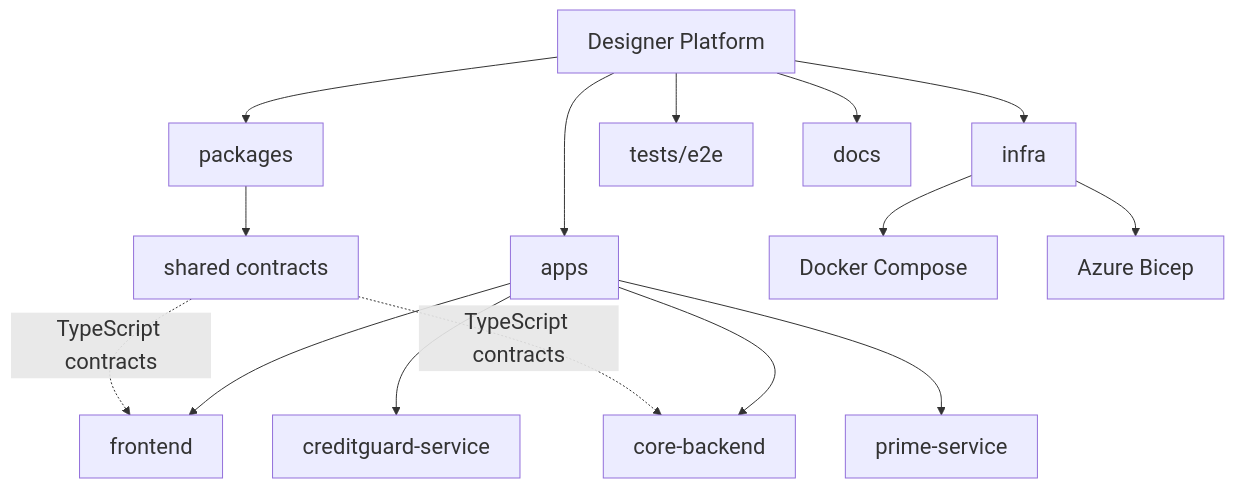
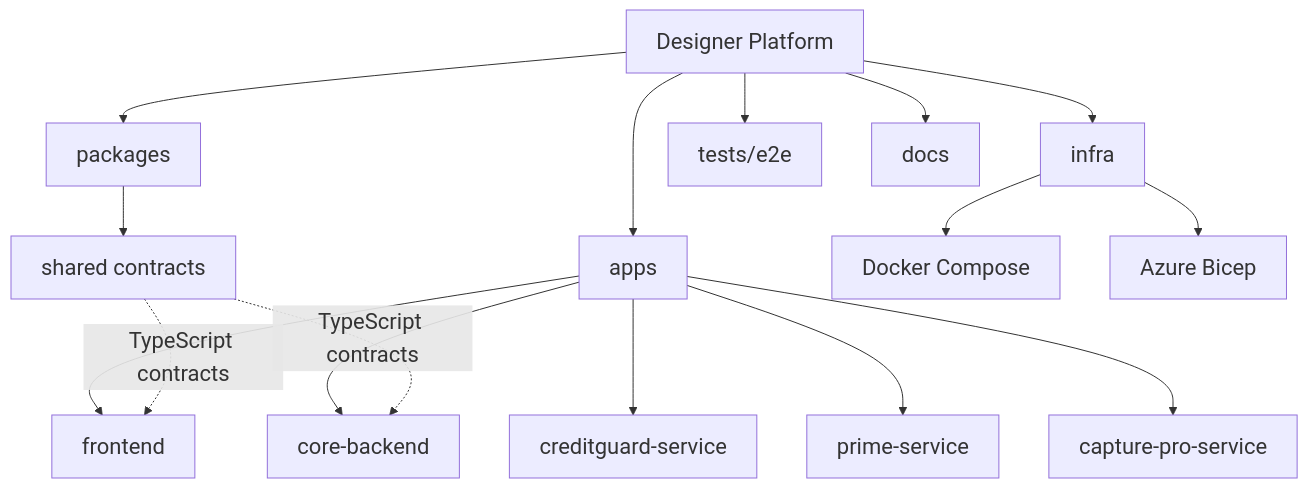
The second of 13 diagrams in docs/ARCHITECTURE.md (Pravpraskumar/OnePlatform), drawn with Mermaid before and after one commit. The commit also changed other lines of this file and 122 other files, not shown here.

````diff
--- a/docs/ARCHITECTURE.md
+++ b/docs/ARCHITECTURE.md
@@ -54,27 +53,28 @@
 ```mermaid
 %%{init: {"themeVariables": {"fontSize": "22px"}, "flowchart": {"useMaxWidth": false}, "sequence": {"useMaxWidth": false}, "state": {"useMaxWidth": false}}}%%
 flowchart TB
     Repo[Designer Platform]
     Apps[apps]
     Packages[packages]
     Infra[infra]
     Tests[tests/e2e]
     Docs[docs]
 
     Repo --> Apps
     Repo --> Packages
     Repo --> Infra
     Repo --> Tests
     Repo --> Docs
 
     Apps --> Frontend[frontend]
     Apps --> CoreApp[core-backend]
     Apps --> CGApp[creditguard-service]
     Apps --> PrimeApp[prime-service]
+    Apps --> CaptureProApp[capture-pro-service]
     Packages --> Shared[shared contracts]
     Infra --> Compose[Docker Compose]
     Infra --> Bicep[Azure Bicep]
 
     Shared -. TypeScript contracts .-> Frontend
     Shared -. TypeScript contracts .-> CoreApp
 ```
````
